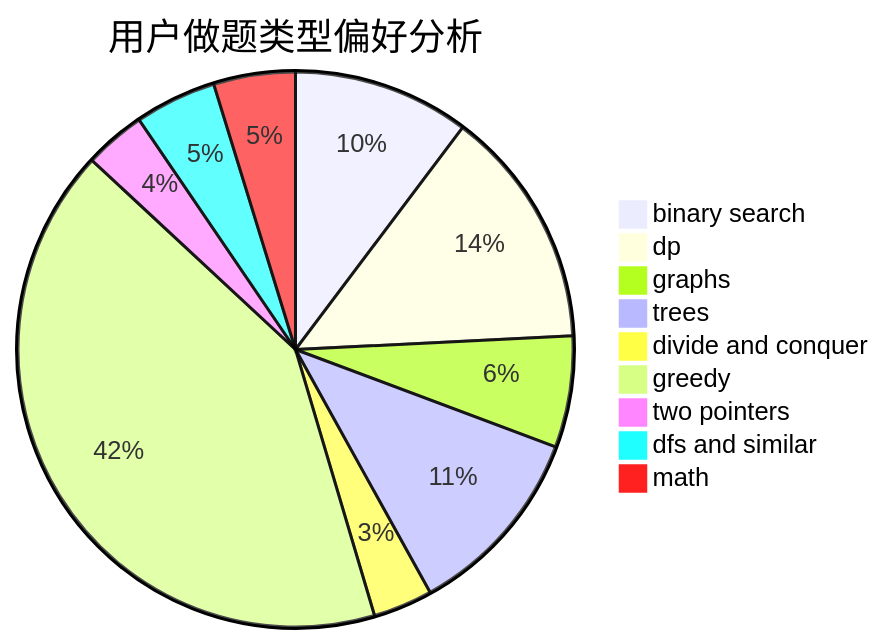
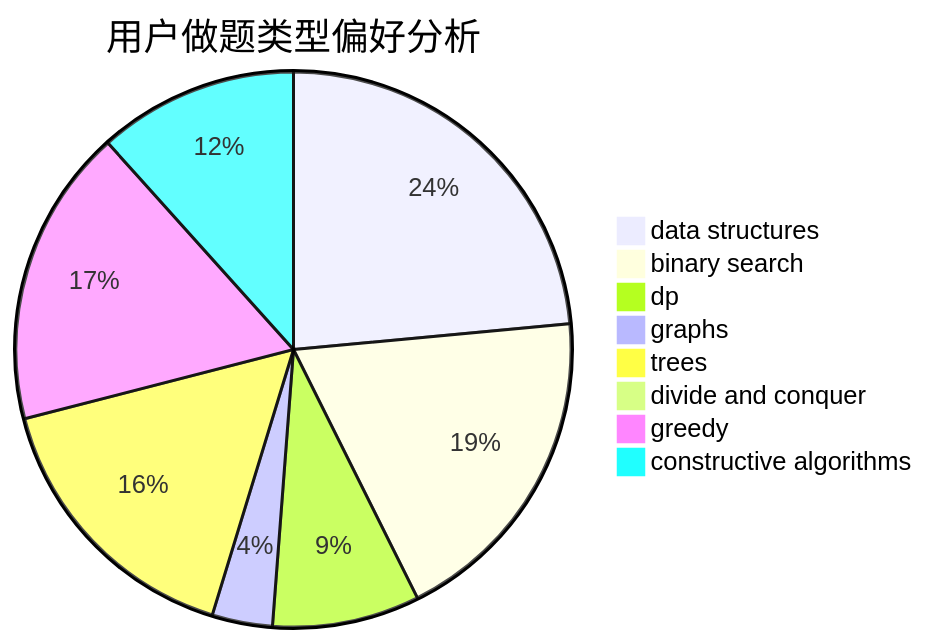
The second of 3 diagrams in docs/user/u188.md (sherpahu/cfrs.github.io), drawn with Mermaid before and after one commit. The commit also changed other lines of this file and 2775 other files, not shown here.

````diff
--- a/docs/user/u188.md
+++ b/docs/user/u188.md
@@ -23,12 +23,11 @@
 ```mermaid
 pie title 用户做题类型偏好分析
-    "binary search" :  95
-    "dp" :  129
-    "graphs" :  60
-    "trees" :  104
-    "divide and conquer" :  32
-    "greedy" :  384
-    "two pointers" :  33
-    "dfs and similar" :  44
-    "math" :  44
+    "data structures" :  107
+    "binary search" :  87
+    "dp" :  39
+    "graphs" :  16
+    "trees" :  74
+    "divide and conquer" :  0
+    "greedy" :  79
+    "constructive algorithms" :  53
 ```
````
